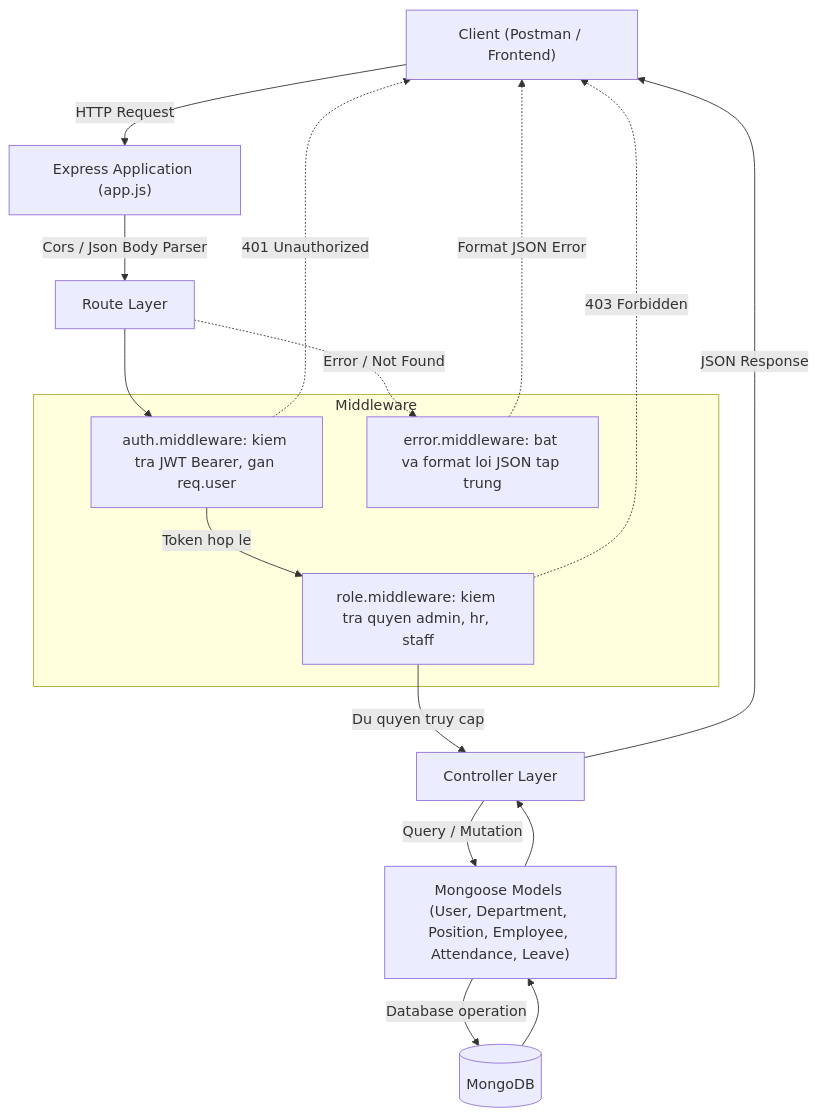
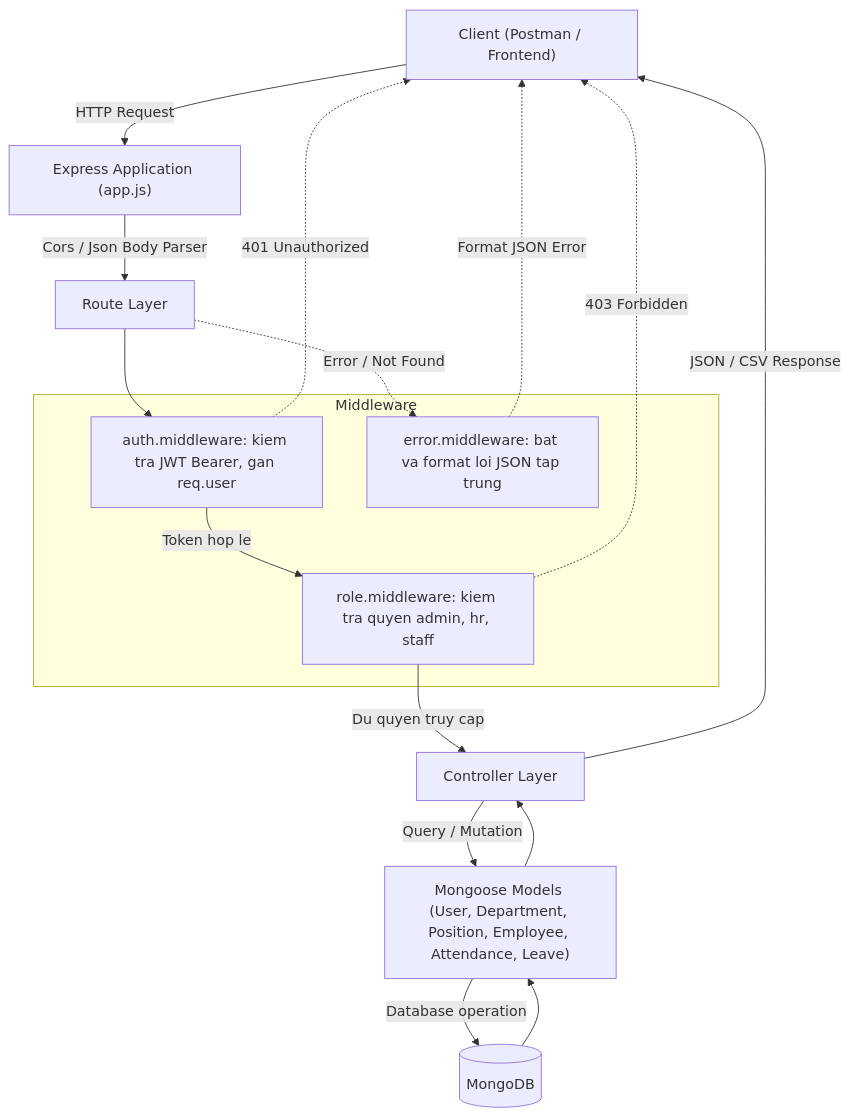
The diagram in session-10/README.md (DuongNAD/NodeJS_Learning), drawn with Mermaid before and after one commit. The commit also changed other lines of this file and 103 other files, not shown here.

````diff
--- a/session-10/README.md
+++ b/session-10/README.md
@@ -9,28 +9,28 @@
 ```mermaid
 flowchart TD
     Client["Client (Postman / Frontend)"]
     -->|"HTTP Request"| App["Express Application (app.js)"]
     -->|"Cors / Json Body Parser"| Router["Route Layer"]
 
     subgraph MiddlewareLayer ["Middleware"]
         AuthMid["auth.middleware: kiem tra JWT Bearer, gan req.user"]
         RoleMid["role.middleware: kiem tra quyen admin, hr, staff"]
         ErrorMid["error.middleware: bat va format loi JSON tap trung"]
     end
 
     Router --> AuthMid
     AuthMid -->|"Token hop le"| RoleMid
     RoleMid -->|"Du quyen truy cap"| Controller["Controller Layer"]
 
     AuthMid -.->|"401 Unauthorized"| Client
     RoleMid -.->|"403 Forbidden"| Client
 
     Controller -->|"Query / Mutation"| Model["Mongoose Models (User, Department, Position, Employee, Attendance, Leave)"]
     Model -->|"Database operation"| DB[("MongoDB")]
     DB --> Model
     Model --> Controller
-    Controller -->|"JSON Response"| Client
+    Controller -->|"JSON / CSV Response"| Client
 
     Router -.->|"Error / Not Found"| ErrorMid
     ErrorMid -.->|"Format JSON Error"| Client
 ```
````
